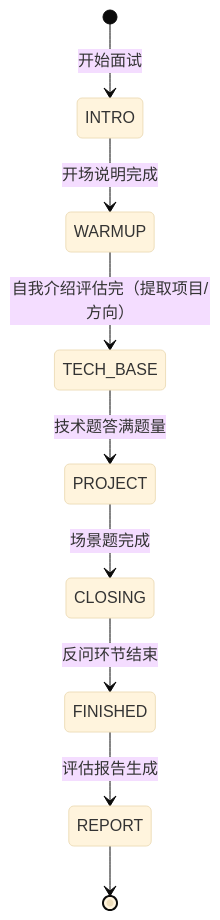
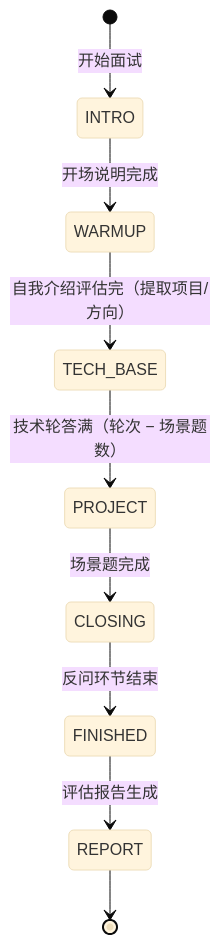
One commit to Q-77-i/Marda changed the diagram in docs/PRD.md. Above: the diagram before and after it, drawn with Mermaid (base theme). The commit also changed other lines of this file and 10 other files, not shown here.

````diff
--- a/docs/PRD.md
+++ b/docs/PRD.md
@@ -130,11 +130,11 @@
 ```mermaid
 stateDiagram-v2
     [*] --> INTRO: 开始面试
     INTRO --> WARMUP: 开场说明完成
     WARMUP --> TECH_BASE: 自我介绍评估完（提取项目/方向）
-    TECH_BASE --> PROJECT: 技术题答满题量
+    TECH_BASE --> PROJECT: 技术轮答满（轮次 − 场景题数）
     PROJECT --> CLOSING: 场景题完成
     CLOSING --> FINISHED: 反问环节结束
     FINISHED --> REPORT: 评估报告生成
     REPORT --> [*]
 ```
````
